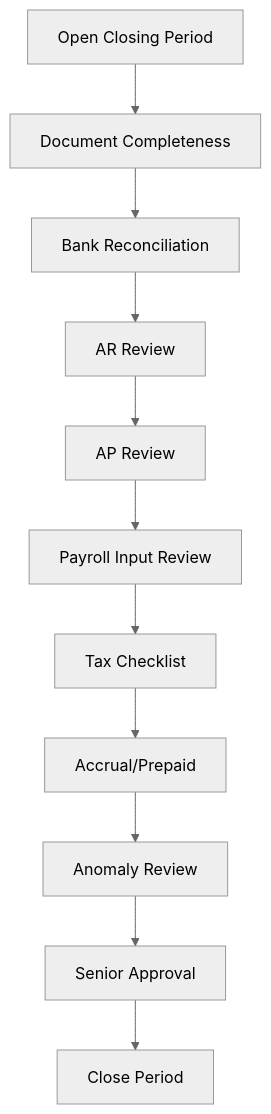
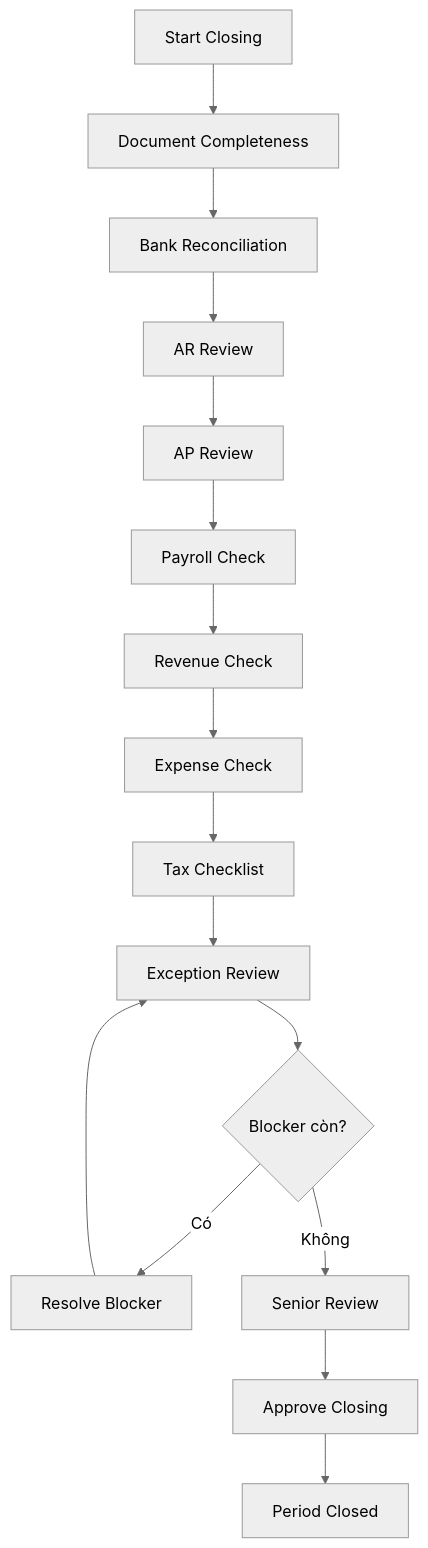
One commit to huynv81/tomtax changed the tenth of 22 diagrams in tdd.md. Above: the diagram before and after it, drawn with Mermaid (neutral theme). The commit also changed other lines of this file, not shown here.

````diff
--- a/tdd.md
+++ b/tdd.md
@@ -1138,14 +423,20 @@
 ```mermaid
 flowchart TD
-    A[Open Closing Period]
-    --> B[Document Completeness]
+    A[Start Closing] --> B[Document Completeness]
     B --> C[Bank Reconciliation]
     C --> D[AR Review]
     D --> E[AP Review]
-    E --> F[Payroll Input Review]
-    F --> G[Tax Checklist]
-    G --> H[Accrual/Prepaid]
-    H --> I[Anomaly Review]
-    I --> J[Senior Approval]
-    J --> K[Close Period]
+    E --> F[Payroll Check]
+    F --> G[Revenue Check]
+    G --> H[Expense Check]
+    H --> I[Tax Checklist]
+    I --> J[Exception Review]
+    J --> K{Blocker còn?}
+
+    K -->|Có| L[Resolve Blocker]
+    L --> J
+
+    K -->|Không| M[Senior Review]
+    M --> N[Approve Closing]
+    N --> O[Period Closed]
 ```
````
